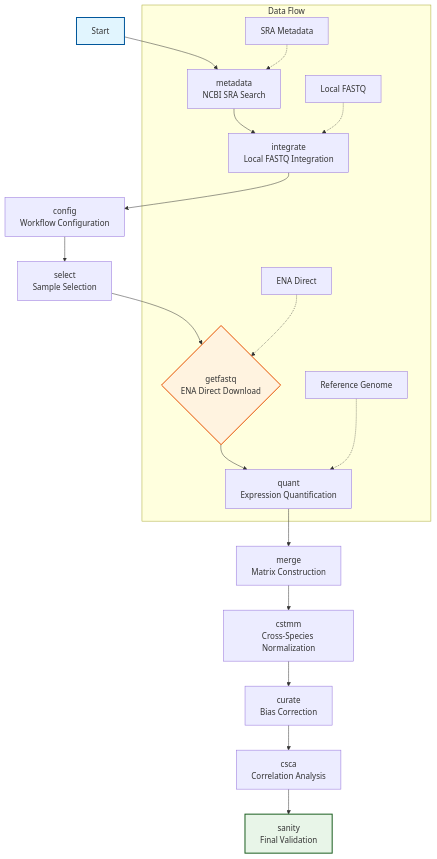
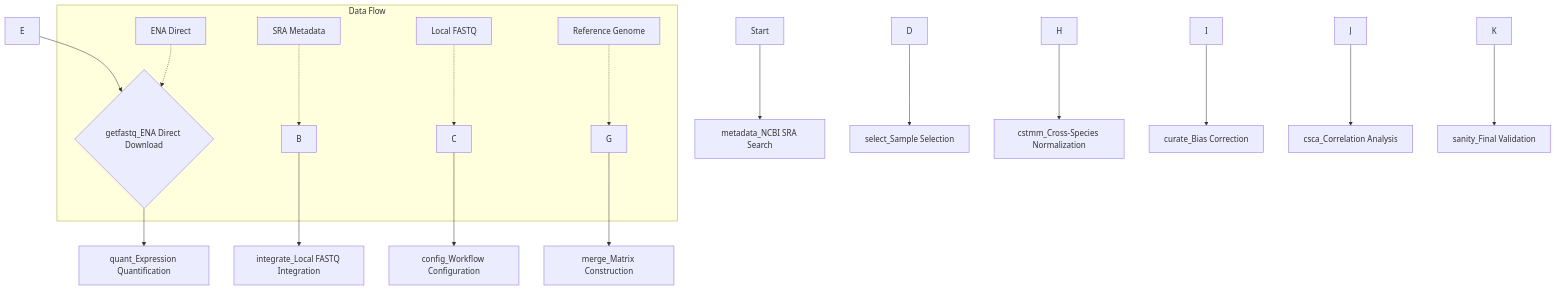
The second of 4 diagrams in src/metainformant/rna/README.md (docxology/MetaInformAnt), drawn with Mermaid before and after one commit. The commit also changed other lines of this file and 611 other files, not shown here.

````diff
--- a/src/metainformant/rna/README.md
+++ b/src/metainformant/rna/README.md
@@ -77,25 +77,22 @@
 ```mermaid
 graph TD
-    A[Start] --> B[metadata<br/>NCBI SRA Search]
-    B --> C[integrate<br/>Local FASTQ Integration]
-    C --> D[config<br/>Workflow Configuration]
-    D --> E[select<br/>Sample Selection]
-    E --> F{getfastq<br/>ENA Direct Download}
-    F --> G[quant<br/>Expression Quantification]
-    G --> H[merge<br/>Matrix Construction]
-    H --> I[cstmm<br/>Cross-Species Normalization]
-    I --> J[curate<br/>Bias Correction]
-    J --> K[csca<br/>Correlation Analysis]
-    K --> L[sanity<br/>Final Validation]
+    A[Start] --> BmetadataNcbiSraSearch[metadata_NCBI SRA Search]
+    B --> CintegrateLocalFastqIntegration[integrate_Local FASTQ Integration]
+    C --> DconfigWorkflowConfiguration[config_Workflow Configuration]
+    D --> EselectSampleSelection[select_Sample Selection]
+    E --> F{getfastq_ENA Direct Download}
+    F --> GquantExpressionQuantification[quant_Expression Quantification]
+    G --> HmergeMatrixConstruction[merge_Matrix Construction]
+    H --> IcstmmCross-speciesNormalization[cstmm_Cross-Species Normalization]
+    I --> JcurateBiasCorrection[curate_Bias Correction]
+    J --> KcscaCorrelationAnalysis[csca_Correlation Analysis]
+    K --> LsanityFinalValidation[sanity_Final Validation]
 
-    style A fill:#e1f5fe,stroke:#01579b,stroke-width:2px
-    style F fill:#fff3e0,stroke:#e65100,stroke-width:2px
-    style L fill:#e8f5e8,stroke:#1b5e20,stroke-width:2px
 
     subgraph "Data Flow"
-        M[SRA Metadata] -.-> B
-        N[Local FASTQ] -.-> C
-        O[ENA Direct] -.-> F
-        P[Reference Genome] -.-> G
+        MsraMetadata[SRA Metadata] -.-> B
+        NlocalFastq[Local FASTQ] -.-> C
+        OenaDirect[ENA Direct] -.-> F
+        PreferenceGenome[Reference Genome] -.-> G
     end
 ```
````
